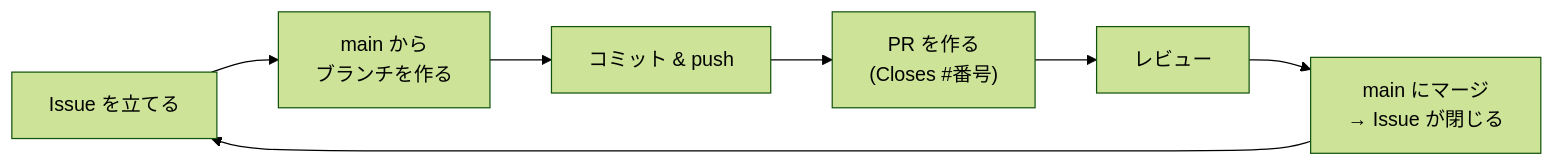
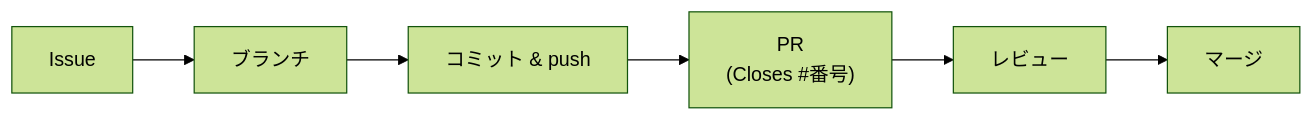
Before and after one commit to naparan/test: the diagram in docs/06-issue.md, drawn with Mermaid (forest theme). The commit also changed other lines of this file and 9 other files, not shown here.

````diff
--- a/docs/06-issue.md
+++ b/docs/06-issue.md
@@ -51,9 +18,4 @@
 ```mermaid
 flowchart LR
-    A["Issue を立てる"] --> B["main から<br/>ブランチを作る"]
-    B --> C["コミット & push"]
-    C --> D["PR を作る<br/>(Closes #番号)"]
-    D --> E["レビュー"]
-    E --> F["main にマージ<br/>→ Issue が閉じる"]
-    F --> A
+    A["Issue"] --> B["ブランチ"] --> C["コミット & push"] --> D["PR<br/>(Closes #番号)"] --> E["レビュー"] --> F["マージ"]
 ```
````
